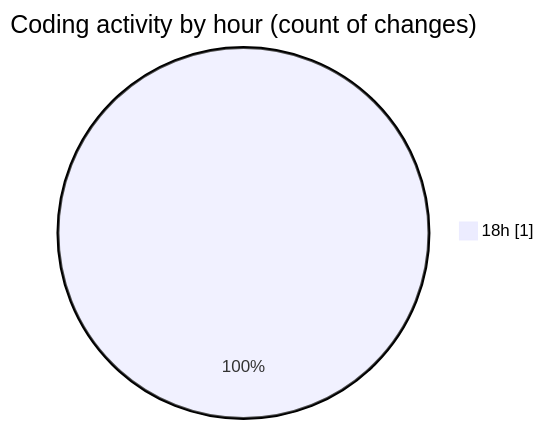
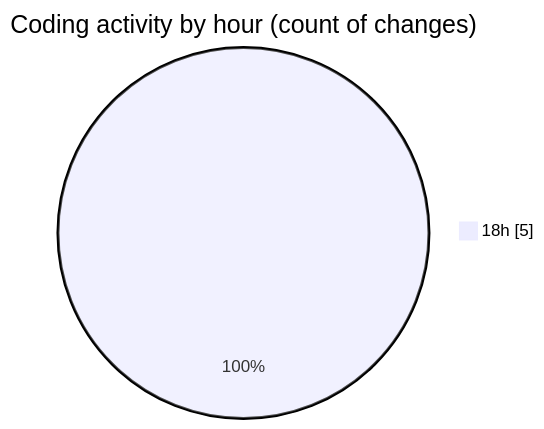
One commit to MatusMokan/code-tracking changed the second of 2 diagrams in 2025-03-14/myws__workspace_/README.md. Above: the diagram before and after it, drawn with Mermaid. The commit also changed other lines of this file and 1 other file, not shown here.

````diff
--- a/2025-03-14/myws__workspace_/README.md
+++ b/2025-03-14/myws__workspace_/README.md
@@ -28,5 +30,5 @@
 ```mermaid
 pie showData
 title Coding activity by hour (count of changes)
-"18h" : 1
+"18h" : 5
 ```
````
